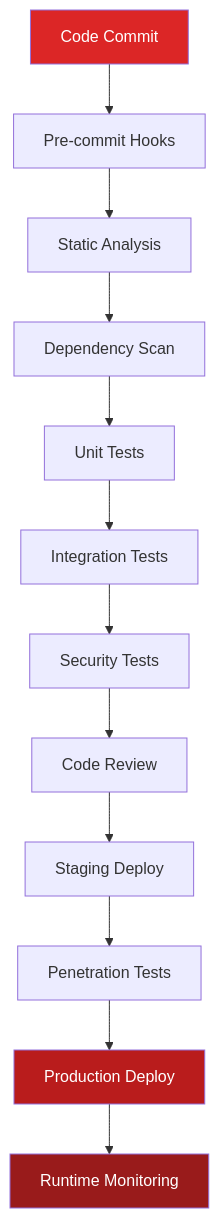
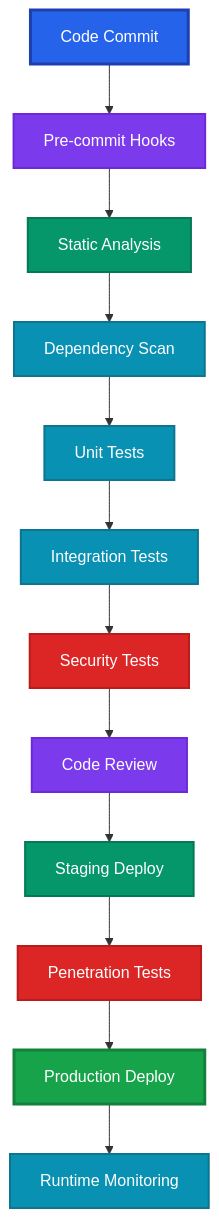
One commit to JosephMatino/MultiAiFilePaster changed the first of 3 diagrams in docs/internal/PIPELINE_PROTECTION.md. Above: the diagram before and after it, drawn with Mermaid. The commit also changed other lines of this file and 3 other files, not shown here.

Commit message:
Fix Mermaid graph colors in GIT_WORKFLOW.md and PIPELINE_PROTECTION.md - professional blue/purple/green/red palette

````diff
--- a/docs/internal/PIPELINE_PROTECTION.md
+++ b/docs/internal/PIPELINE_PROTECTION.md
@@ -34,18 +34,27 @@
 ```mermaid
 graph TB
     A[Code Commit] --> B[Pre-commit Hooks]
     B --> C[Static Analysis]
     C --> D[Dependency Scan]
     D --> E[Unit Tests]
     E --> F[Integration Tests]
     F --> G[Security Tests]
     G --> H[Code Review]
     H --> I[Staging Deploy]
     I --> J[Penetration Tests]
     J --> K[Production Deploy]
     K --> L[Runtime Monitoring]
-    
-    style A fill:#DC2626,color:#fff
-    style K fill:#B91C1C,color:#fff
-    style L fill:#991B1B,color:#fff
+
+    style A fill:#2563eb,stroke:#1e40af,stroke-width:3px,color:#fff
+    style B fill:#7c3aed,stroke:#6d28d9,stroke-width:2px,color:#fff
+    style C fill:#059669,stroke:#047857,stroke-width:2px,color:#fff
+    style D fill:#0891b2,stroke:#0e7490,stroke-width:2px,color:#fff
+    style E fill:#0891b2,stroke:#0e7490,stroke-width:2px,color:#fff
+    style F fill:#0891b2,stroke:#0e7490,stroke-width:2px,color:#fff
+    style G fill:#dc2626,stroke:#b91c1c,stroke-width:2px,color:#fff
+    style H fill:#7c3aed,stroke:#6d28d9,stroke-width:2px,color:#fff
+    style I fill:#059669,stroke:#047857,stroke-width:2px,color:#fff
+    style J fill:#dc2626,stroke:#b91c1c,stroke-width:2px,color:#fff
+    style K fill:#16a34a,stroke:#15803d,stroke-width:3px,color:#fff
+    style L fill:#0891b2,stroke:#0e7490,stroke-width:2px,color:#fff
 ```
````
